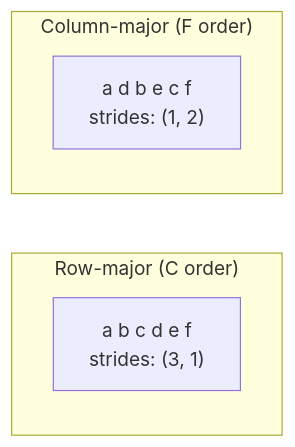
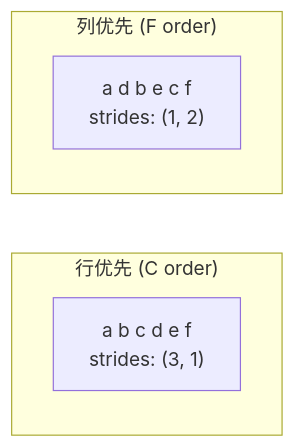
The third of 4 diagrams in phases/01-math-foundations/12-tensor-operations/docs/zh.md (alessandrodinisio-ai/ai-engineering-learning-framework), drawn with Mermaid before and after one commit. The commit also changed other lines of this file and 120 other files, not shown here.

First line of the commit message:
i18n(mermaid): 337 个 mermaid 图表标签中文化

````diff
--- a/phases/01-math-foundations/12-tensor-operations/docs/zh.md
+++ b/phases/01-math-foundations/12-tensor-operations/docs/zh.md
@@ -67,9 +67,9 @@
 ```mermaid
 graph LR
-    subgraph "Row-major (C order)"
+    subgraph "行优先 (C order)"
         R["a b c d e f<br/>strides: (3, 1)"]
     end
-    subgraph "Column-major (F order)"
+    subgraph "列优先 (F order)"
         C["a d b e c f<br/>strides: (1, 2)"]
     end
 ```
````
